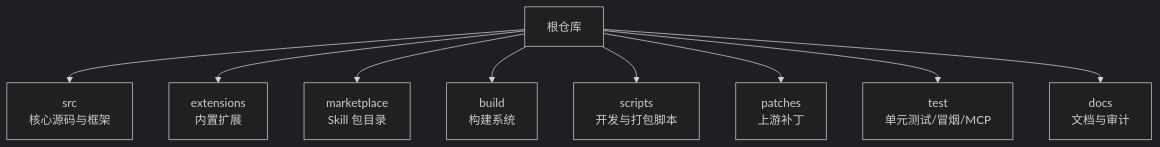
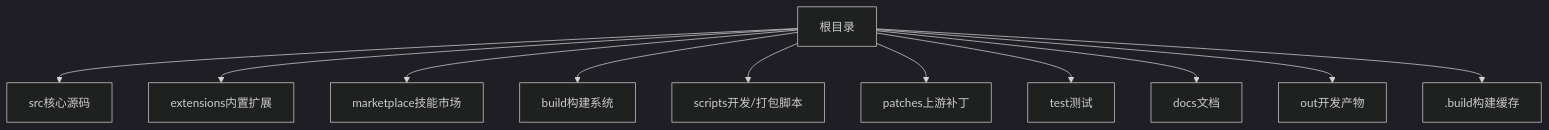
One commit to sofate798/KodrixCode changed the first of 7 diagrams in .qoder/repowiki/zh/content/贡献指南.md. Above: the diagram before and after it, drawn with Mermaid (dark theme). The commit also changed other lines of this file and 178 other files, not shown here.

````diff
--- a/.qoder/repowiki/zh/content/贡献指南.md
+++ b/.qoder/repowiki/zh/content/贡献指南.md
@@ -44,11 +47,13 @@
 ```mermaid
 graph TB
-A["根仓库"] --> B["src<br/>核心源码与框架"]
-A --> C["extensions<br/>内置扩展"]
-A --> D["marketplace<br/>Skill 包目录"]
-A --> E["build<br/>构建系统"]
-A --> F["scripts<br/>开发与打包脚本"]
-A --> G["patches<br/>上游补丁"]
-A --> H["test<br/>单元测试/冒烟/MCP"]
-A --> I["docs<br/>文档与审计"]
+A["根目录"] --> B["src核心源码"]
+A --> C["extensions内置扩展"]
+A --> D["marketplace技能市场"]
+A --> E["build构建系统"]
+A --> F["scripts开发/打包脚本"]
+A --> G["patches上游补丁"]
+A --> H["test测试"]
+A --> I["docs文档"]
+A --> J["out开发产物"]
+A --> K[".build构建缓存"]
 ```
````
